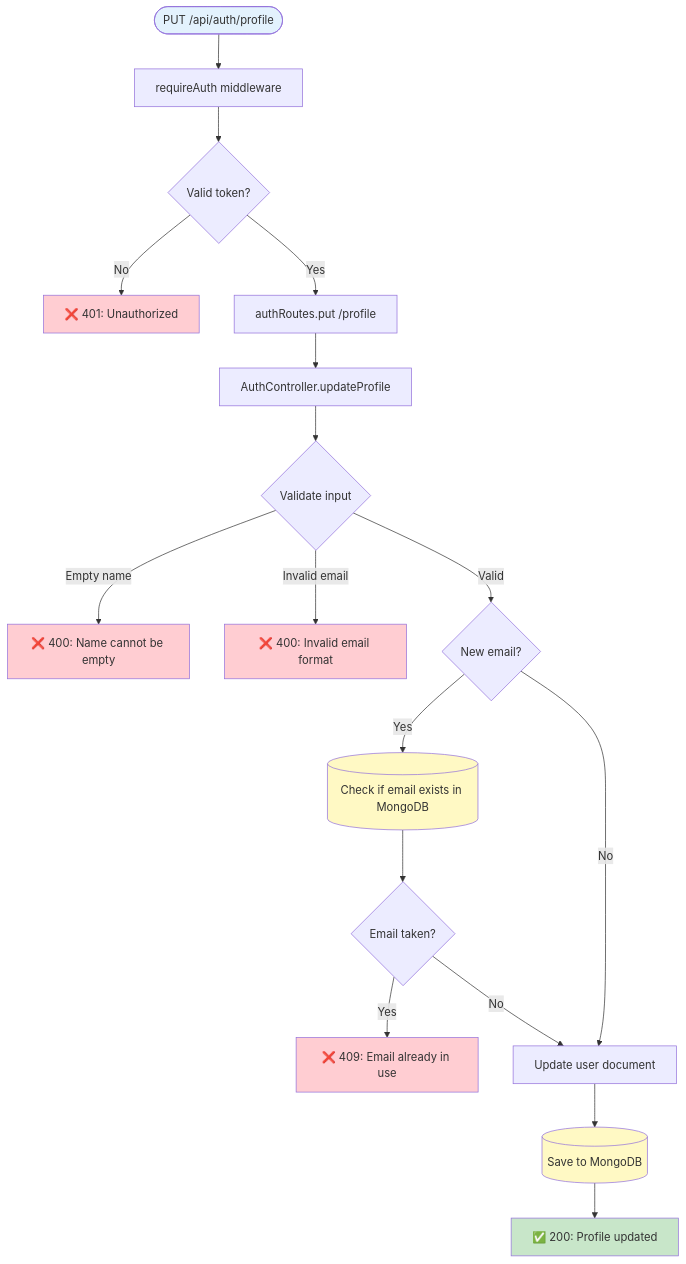
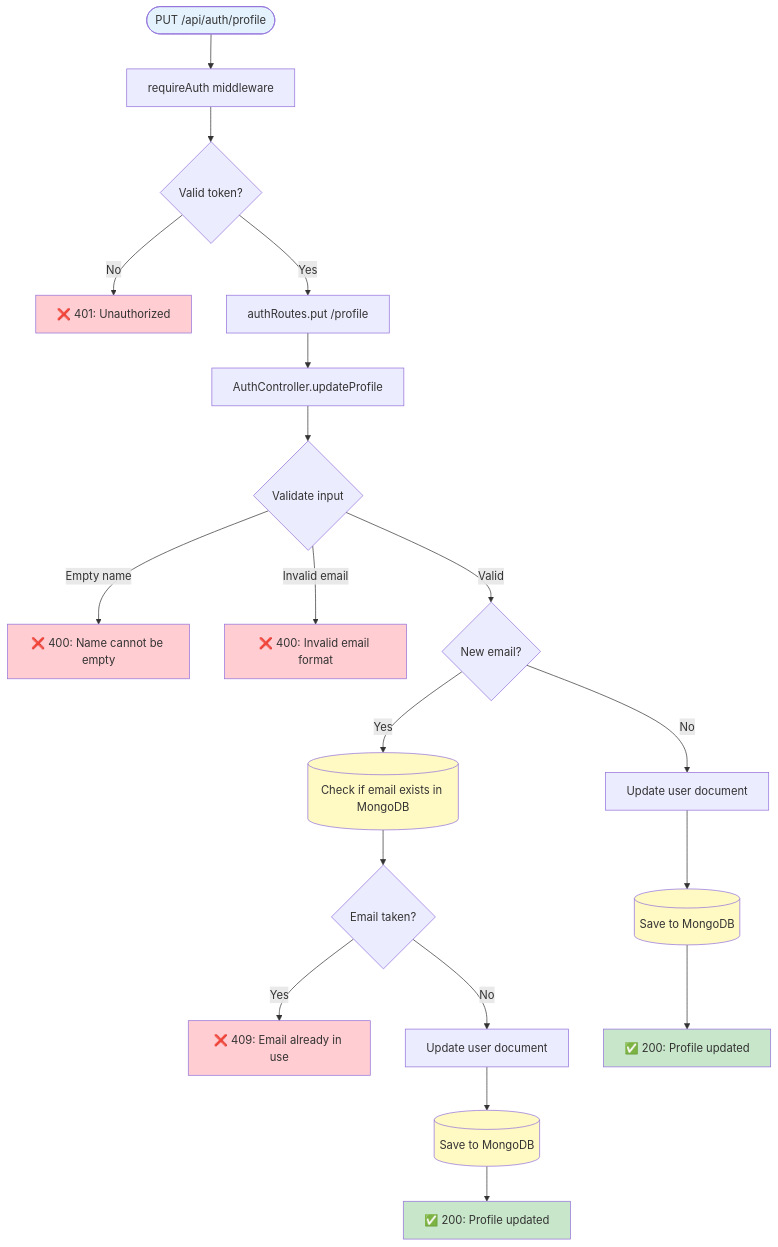
One commit to shmuelkapiloff/simple- changed the sixth of 26 diagrams in docs/SERVER_ENDPOINTS_MAP.md. Above: the diagram before and after it, drawn with Mermaid. The commit also changed other lines of this file, not shown here.

Commit message:
fix: Separate convergent paths in auth endpoints (login, profile)

````diff
--- a/docs/SERVER_ENDPOINTS_MAP.md
+++ b/docs/SERVER_ENDPOINTS_MAP.md
@@ -292,32 +292,36 @@
 ```mermaid
 flowchart TD
     Request([PUT /api/auth/profile]) --> RequireAuth[requireAuth middleware]
     RequireAuth --> CheckToken{Valid token?}
     CheckToken -->|No| Return401["❌ 401: Unauthorized"]
     CheckToken -->|Yes| RouteHandler[authRoutes.put /profile]
     
     RouteHandler --> Controller[AuthController.updateProfile]
     Controller --> ValidateInput{Validate input}
     ValidateInput -->|Empty name| Return400["❌ 400: Name cannot be empty"]
     ValidateInput -->|Invalid email| Return400Email["❌ 400: Invalid email format"]
     ValidateInput -->|Valid| CheckEmailExists{New email?}
     
     CheckEmailExists -->|Yes| FindByEmail[(Check if email exists in MongoDB)]
     FindByEmail --> EmailTaken{Email taken?}
     EmailTaken -->|Yes| Return409["❌ 409: Email already in use"]
-    EmailTaken -->|No| UpdateUser
-    CheckEmailExists -->|No| UpdateUser[Update user document]
+    EmailTaken -->|No| UpdateUserNew[Update user document]
+    CheckEmailExists -->|No| UpdateUserSame[Update user document]
     
-    UpdateUser --> SaveChanges[(Save to MongoDB)]
-    SaveChanges --> Return200["✅ 200: Profile updated"]
+    UpdateUserNew --> SaveChangesNew[(Save to MongoDB)]
+    UpdateUserSame --> SaveChangesSame[(Save to MongoDB)]
     
+    SaveChangesNew --> Return200New["✅ 200: Profile updated"]
+    SaveChangesSame --> Return200Same["✅ 200: Profile updated"]
     
     style Request fill:#e3f2fd
-    style Return200 fill:#c8e6c9
+    style Return200New fill:#c8e6c9
+    style Return200Same fill:#c8e6c9
     style Return401 fill:#ffcdd2
     style Return400 fill:#ffcdd2
     style Return400Email fill:#ffcdd2
     style Return409 fill:#ffcdd2
     style FindByEmail fill:#fff9c4
-    style SaveChanges fill:#fff9c4
+    style SaveChangesNew fill:#fff9c4
+    style SaveChangesSame fill:#fff9c4
 ```
````
